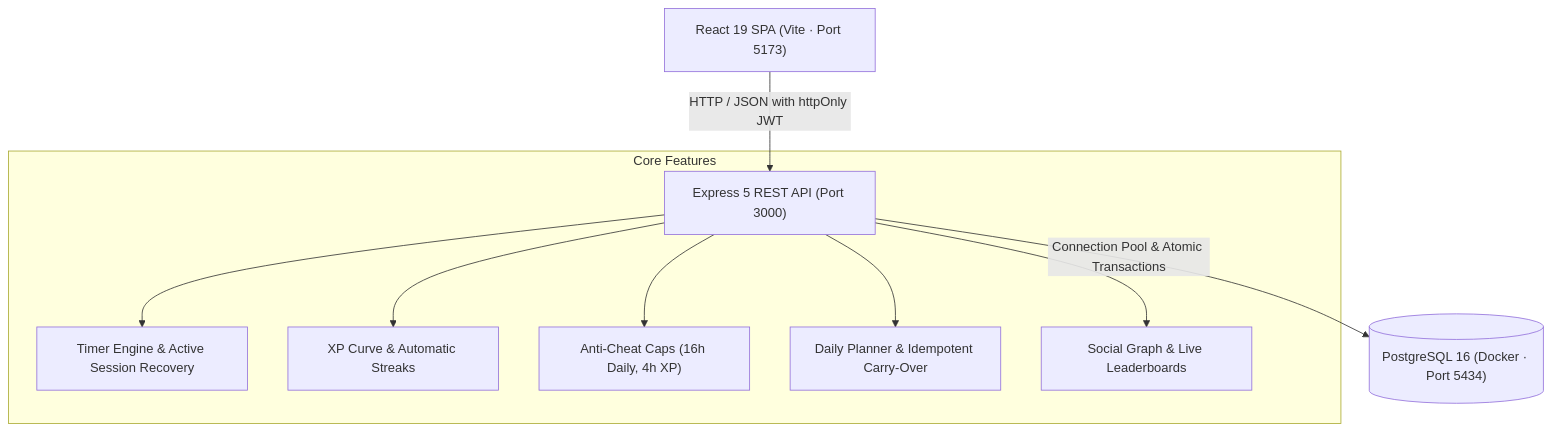
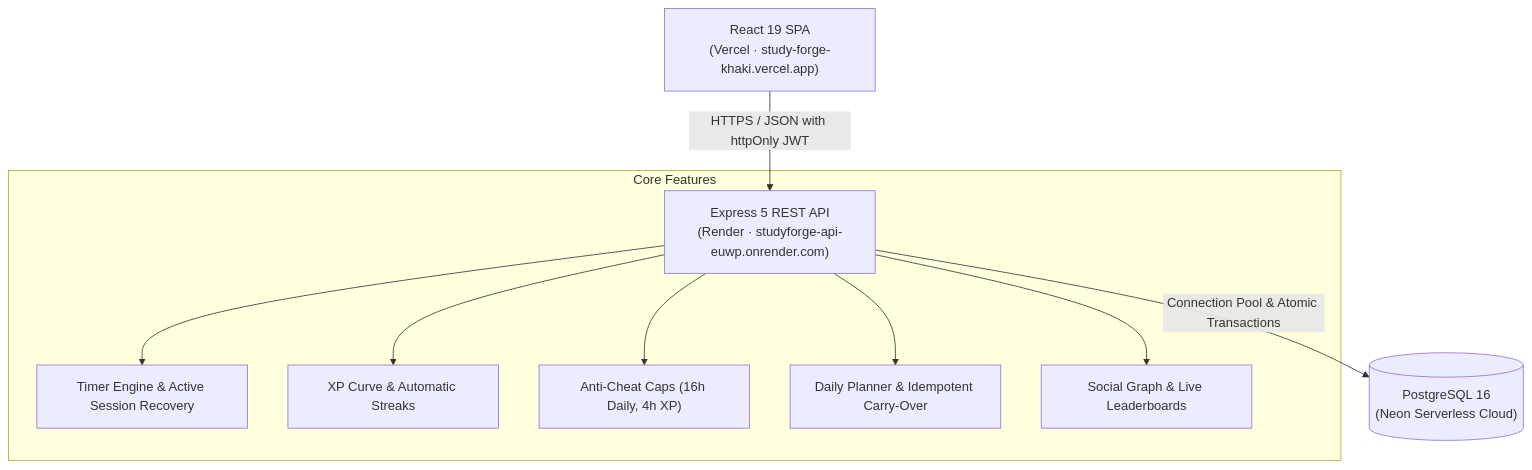
The diagram in README.md (adityapraja/StudyForge), drawn with Mermaid before and after one commit. The commit also changed other lines of this file and 2 other files, not shown here.

````diff
--- a/README.md
+++ b/README.md
@@ -22,17 +29,17 @@
 ```mermaid
 graph TD
-    Client["React 19 SPA (Vite · Port 5173)"]
-    API["Express 5 REST API (Port 3000)"]
-    DB[("PostgreSQL 16 (Docker · Port 5434)")]
+    Client["React 19 SPA<br/>(Vercel · study-forge-khaki.vercel.app)"]
+    API["Express 5 REST API<br/>(Render · studyforge-api-euwp.onrender.com)"]
+    DB[("PostgreSQL 16<br/>(Neon Serverless Cloud)")]
 
-    Client -->|HTTP / JSON with httpOnly JWT| API
+    Client -->|HTTPS / JSON with httpOnly JWT| API
     API -->|Connection Pool & Atomic Transactions| DB
 
     subgraph Core Features
         API --> Timer["Timer Engine & Active Session Recovery"]
         API --> Progression["XP Curve & Automatic Streaks"]
         API --> AntiCheat["Anti-Cheat Caps (16h Daily, 4h XP)"]
         API --> Planner["Daily Planner & Idempotent Carry-Over"]
         API --> Social["Social Graph & Live Leaderboards"]
     end
 ```
````
